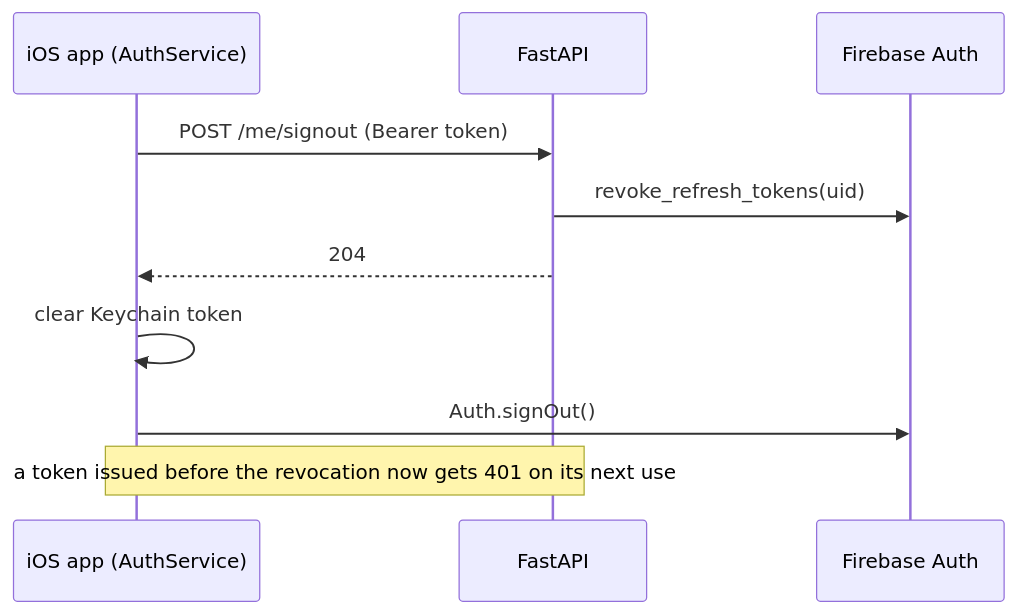
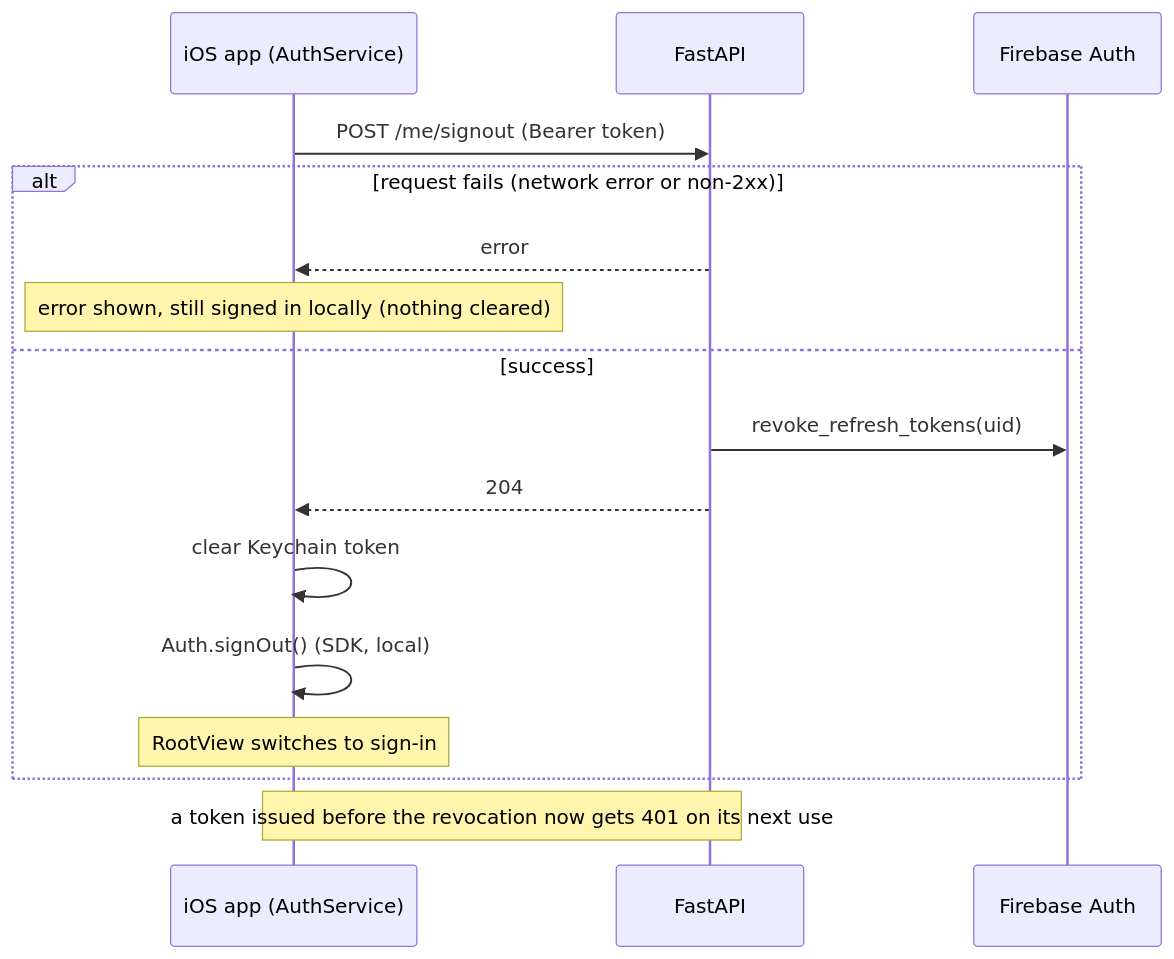
Before and after one commit to bretthinkle123/orbit-fitness-app: the fourth of 8 diagrams in docs/system_architecture.md, drawn with Mermaid. The commit also changed other lines of this file and 17 other files, not shown here.

````diff
--- a/docs/system_architecture.md
+++ b/docs/system_architecture.md
@@ -104,13 +114,19 @@
 ```mermaid
 sequenceDiagram
     participant App as iOS app (AuthService)
     participant API as FastAPI
     participant FB as Firebase Auth
 
     App->>API: POST /me/signout (Bearer token)
-    API->>FB: revoke_refresh_tokens(uid)
-    API-->>App: 204
-    App->>App: clear Keychain token
-    App->>FB: Auth.signOut()
+    alt request fails (network error or non-2xx)
+        API-->>App: error
+        Note over App: error shown, still signed in locally (nothing cleared)
+    else success
+        API->>FB: revoke_refresh_tokens(uid)
+        API-->>App: 204
+        App->>App: clear Keychain token
+        App->>App: Auth.signOut() (SDK, local)
+        Note over App: RootView switches to sign-in
+    end
     Note over App,API: a token issued before the revocation now gets 401 on its next use
 ```
````
